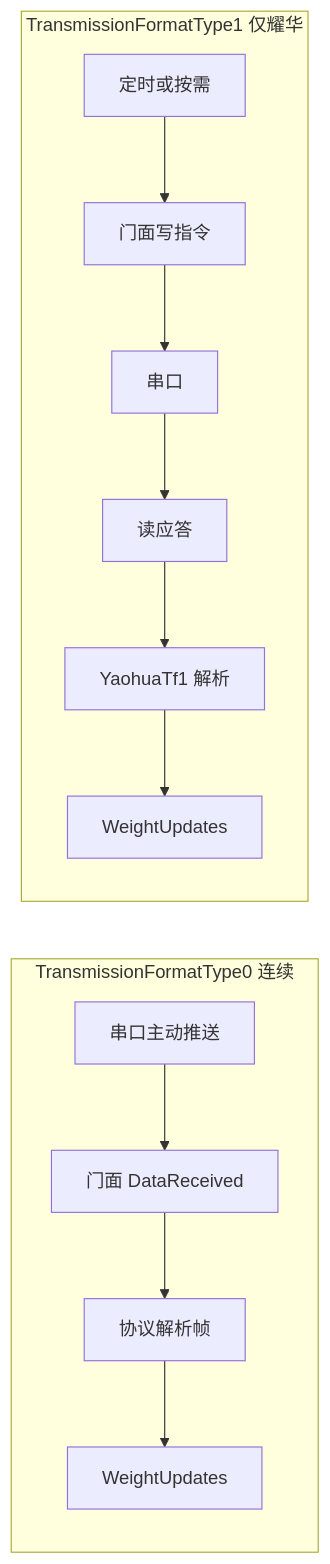
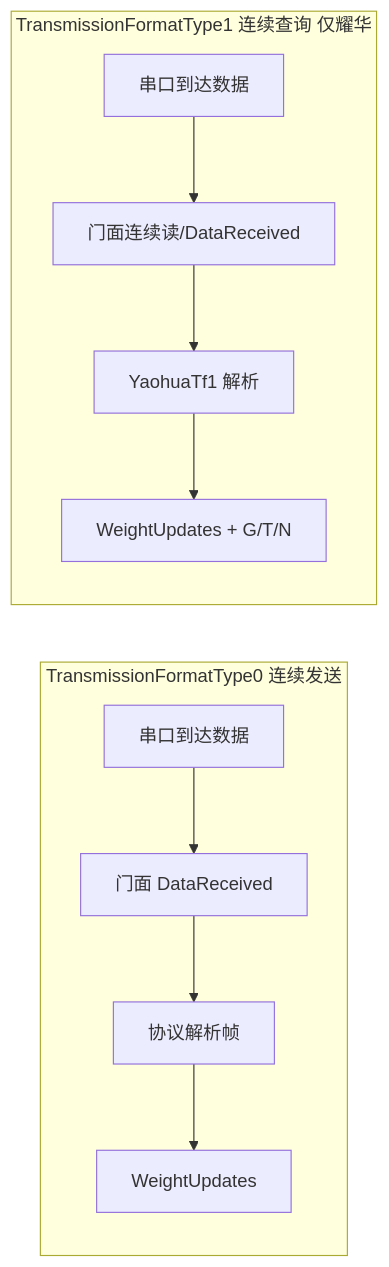
The fourth of 5 diagrams in docs/2026-09-15-truck-scale-transmission-format-refactor/04-结构与设计图.md (feewillowherb/MaterialMonospec), drawn with Mermaid before and after one commit. The commit also changed other lines of this file and 5 other files, not shown here.

First line of the commit message:
docs: lock Yaohua Type1 as continuous query with G/T/N fallback

````diff
--- a/docs/2026-09-15-truck-scale-transmission-format-refactor/04-结构与设计图.md
+++ b/docs/2026-09-15-truck-scale-transmission-format-refactor/04-结构与设计图.md
@@ -167,10 +167,10 @@
 ```mermaid
 flowchart LR
-  subgraph tf0 [TransmissionFormatType0 连续]
-    S0[串口主动推送] --> F0[门面 DataReceived] --> P0[协议解析帧] --> W0[WeightUpdates]
+  subgraph tf0 [TransmissionFormatType0 连续发送]
+    S0[串口到达数据] --> F0[门面 DataReceived] --> P0[协议解析帧] --> W0[WeightUpdates]
   end
 
-  subgraph tf1 [TransmissionFormatType1 仅耀华]
-    T[定时或按需] --> F1[门面写指令] --> S1[串口] --> F1b[读应答] --> P1[YaohuaTf1 解析] --> W1[WeightUpdates]
+  subgraph tf1 [TransmissionFormatType1 连续查询 仅耀华]
+    S1[串口到达数据] --> F1[门面连续读/DataReceived] --> P1[YaohuaTf1 解析] --> W1[WeightUpdates + G/T/N]
   end
 ```
````
